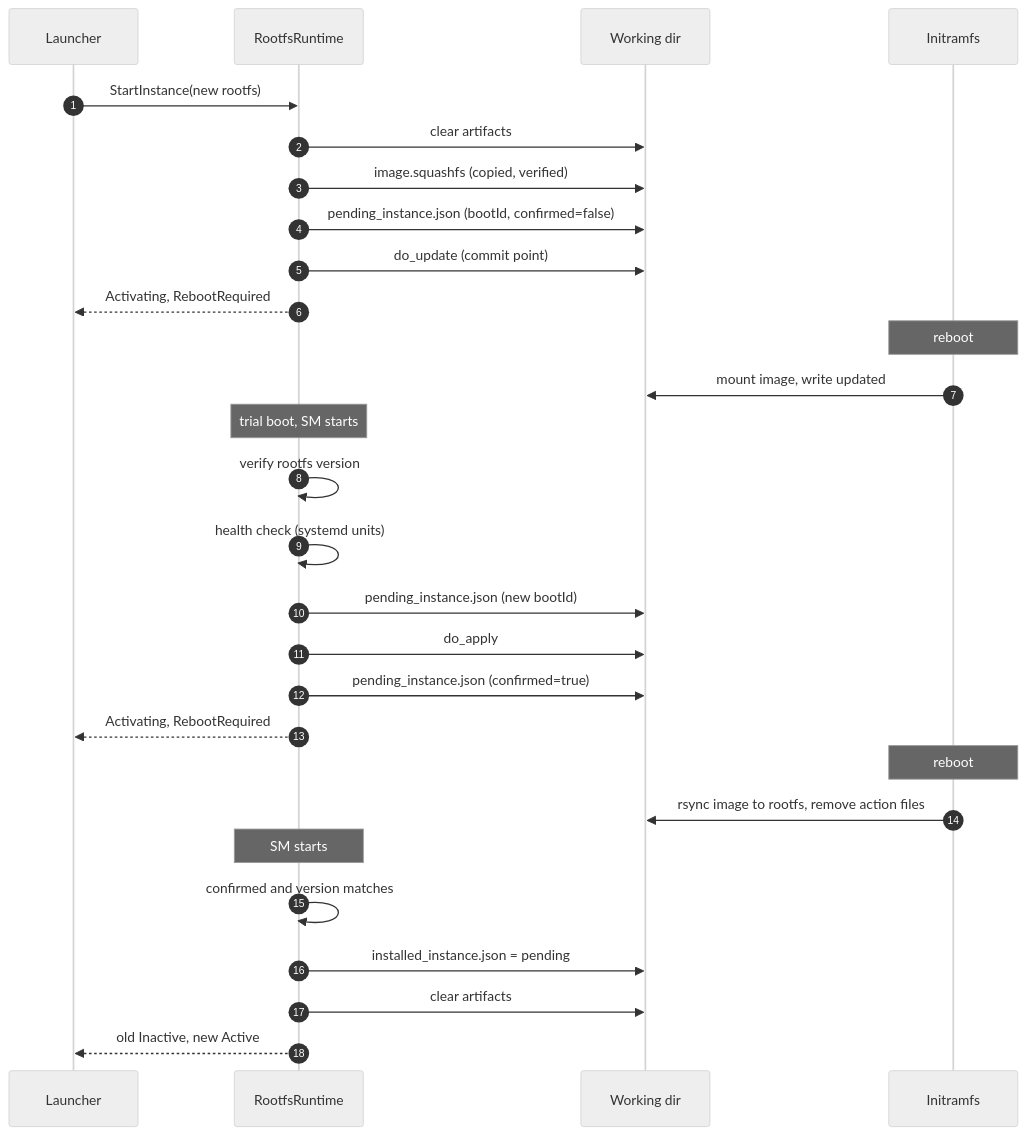
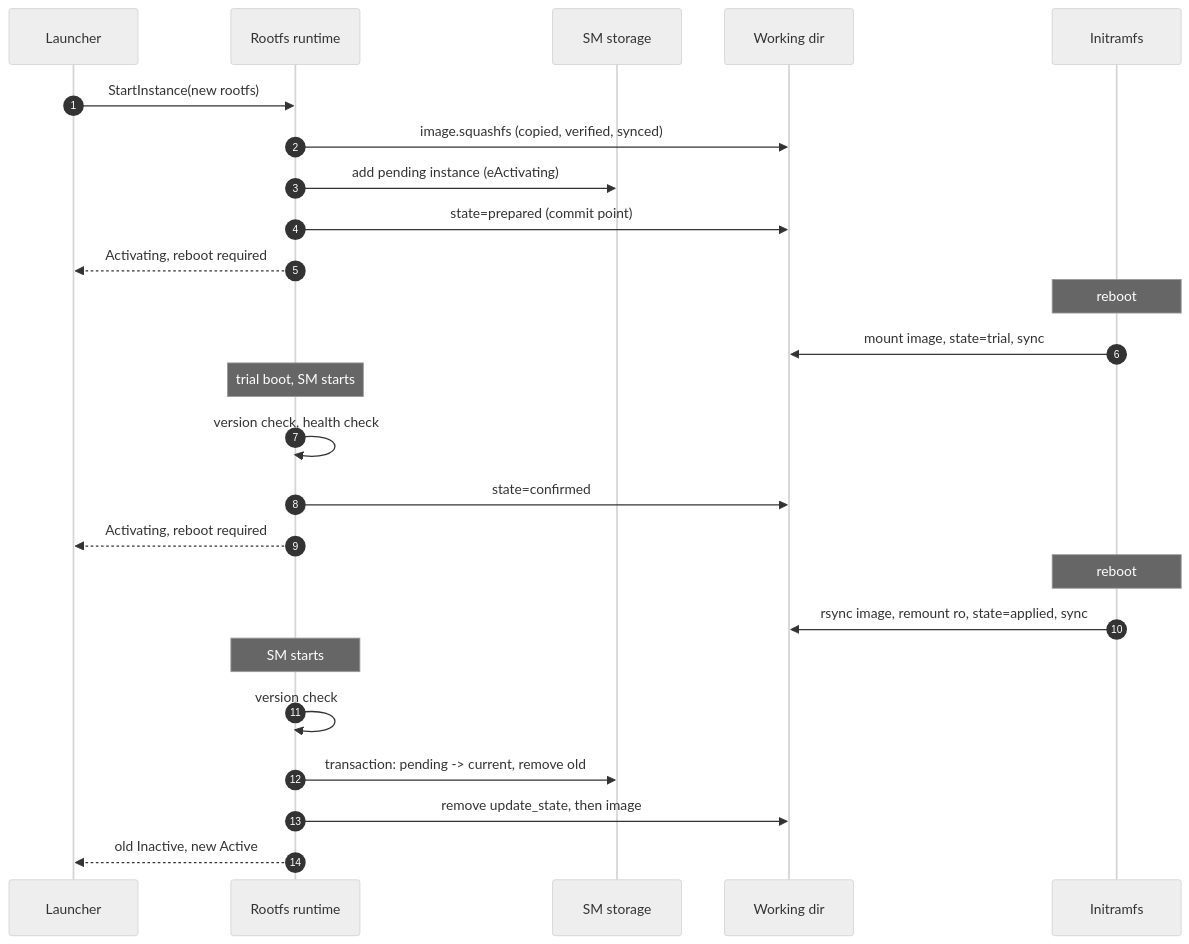
The third of 4 diagrams in src/sm/launcher/runtimes/rootfs/rootfs.md (aosedge/aos_core_cpp), drawn with Mermaid (neutral theme) before and after one commit. The commit also changed other lines of this file and 15 other files, not shown here.

````diff
--- a/src/sm/launcher/runtimes/rootfs/rootfs.md
+++ b/src/sm/launcher/runtimes/rootfs/rootfs.md
@@ -175,31 +237,28 @@
 ```mermaid
 sequenceDiagram
     autonumber
     participant L as Launcher
-    participant R as RootfsRuntime
+    participant R as Rootfs runtime
+    participant S as SM storage
     participant W as Working dir
     participant I as Initramfs
 
     L->>R: StartInstance(new rootfs)
-    R->>W: clear artifacts
-    R->>W: image.squashfs (copied, verified)
-    R->>W: pending_instance.json (bootId, confirmed=false)
-    R->>W: do_update (commit point)
-    R-->>L: Activating, RebootRequired
+    R->>W: image.squashfs (copied, verified, synced)
+    R->>S: add pending instance (eActivating)
+    R->>W: state=prepared (commit point)
+    R-->>L: Activating, reboot required
     Note over I: reboot
-    I->>W: mount image, write updated
+    I->>W: mount image, state=trial, sync
     Note over R: trial boot, SM starts
-    R->>R: verify rootfs version
-    R->>R: health check (systemd units)
-    R->>W: pending_instance.json (new bootId)
-    R->>W: do_apply
-    R->>W: pending_instance.json (confirmed=true)
-    R-->>L: Activating, RebootRequired
+    R->>R: version check, health check
+    R->>W: state=confirmed
+    R-->>L: Activating, reboot required
     Note over I: reboot
-    I->>W: rsync image to rootfs, remove action files
+    I->>W: rsync image, remount ro, state=applied, sync
     Note over R: SM starts
-    R->>R: confirmed and version matches
-    R->>W: installed_instance.json = pending
-    R->>W: clear artifacts
+    R->>R: version check
+    R->>S: transaction: pending -> current, remove old
+    R->>W: remove update_state, then image
     R-->>L: old Inactive, new Active
 ```
````
